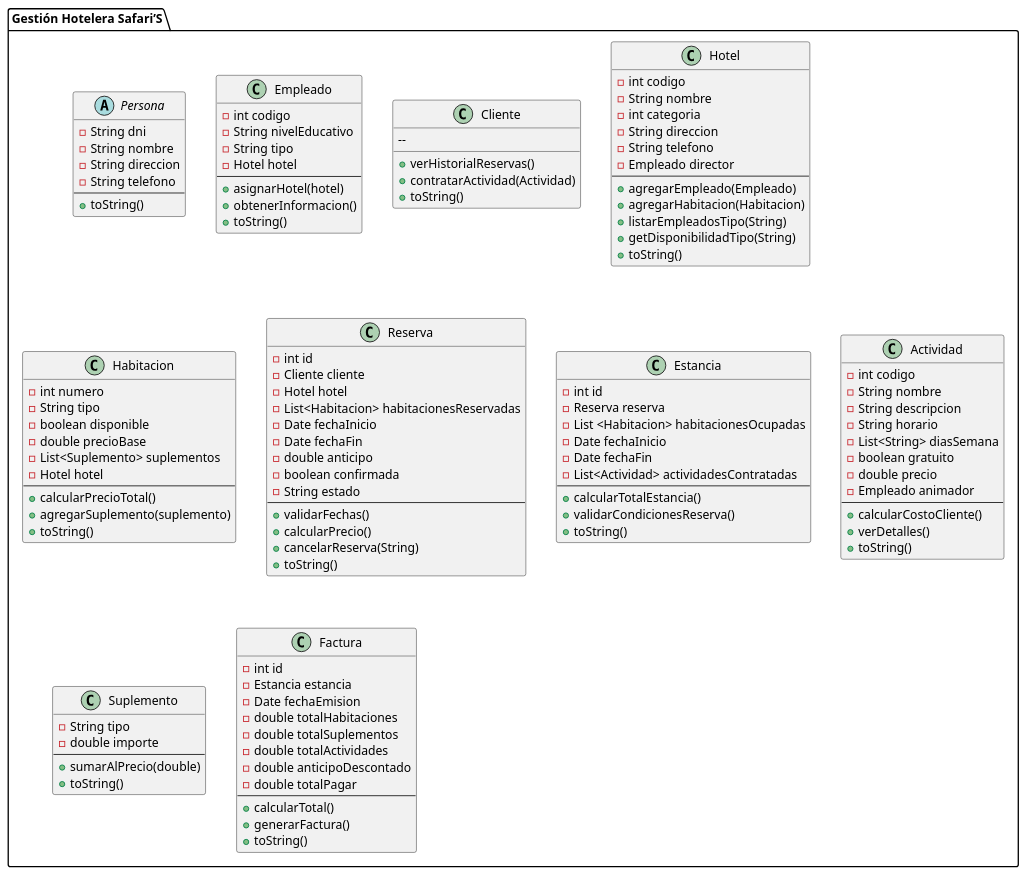
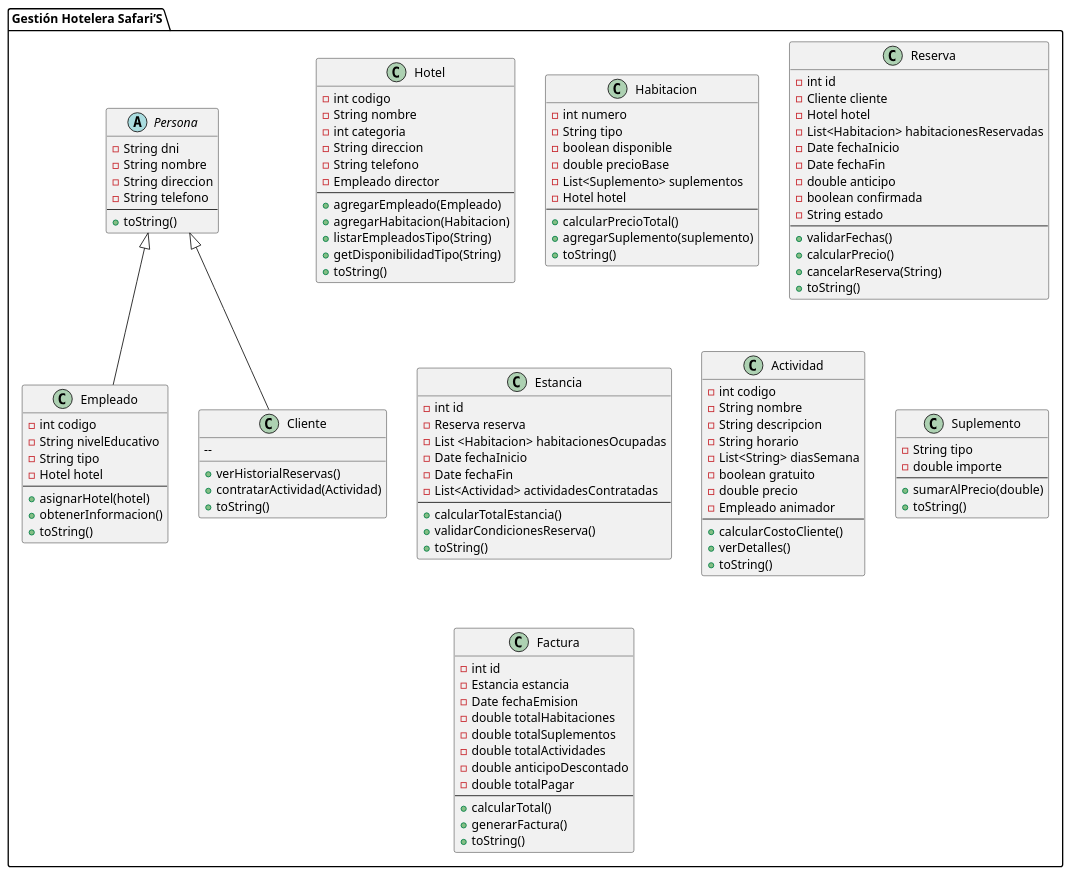
The diagram in src/co/edu/ude/poo/hotelsafaris/documentacion/Diagrama_clases_conceptual.puml (mauroanaya3/HotelSafaris), drawn with PlantUML before and after one commit.

Commit message:
Establecer las relaciones entre las clases

```diff
--- a/src/co/edu/ude/poo/hotelsafaris/documentacion/Diagrama_clases_conceptual.puml
+++ b/src/co/edu/ude/poo/hotelsafaris/documentacion/Diagrama_clases_conceptual.puml
@@ -1,129 +1,137 @@
 @startuml
 
 package "Gestión Hotelera Safari’S" {
 
+'Clases
 abstract class Persona {
     - String dni
     - String nombre
     - String direccion
     - String telefono
     --
     + toString()
 }
 
 class Empleado {
     - int codigo
     - String nivelEducativo
     - String tipo
     - Hotel hotel
     --
     + asignarHotel(hotel)
     + obtenerInformacion()
     + toString()
 }
 
 class Cliente {
     -- 
     + verHistorialReservas()
     + contratarActividad(Actividad)
     + toString()
 }
 
 class Hotel {
     - int codigo
     - String nombre
     - int categoria
     - String direccion
     - String telefono
     - Empleado director
     --
     + agregarEmpleado(Empleado)
     + agregarHabitacion(Habitacion)
     + listarEmpleadosTipo(String)
     + getDisponibilidadTipo(String)
     + toString()
 }
 
 class Habitacion {
     - int numero
     - String tipo
     - boolean disponible
     - double precioBase
     - List<Suplemento> suplementos
     - Hotel hotel
     --
     + calcularPrecioTotal()
     + agregarSuplemento(suplemento)
     + toString()
 }
 
 class Reserva {
     - int id
     - Cliente cliente
     - Hotel hotel
     - List<Habitacion> habitacionesReservadas
     - Date fechaInicio
     - Date fechaFin
     - double anticipo
     - boolean confirmada
     - String estado
     --
     + validarFechas()
     + calcularPrecio()
     + cancelarReserva(String)
     + toString()
 }
 
 class Estancia {
     - int id
     - Reserva reserva
     - List <Habitacion> habitacionesOcupadas
     - Date fechaInicio
     - Date fechaFin
     - List<Actividad> actividadesContratadas
     --
     + calcularTotalEstancia()
     + validarCondicionesReserva()
     + toString() 
 }
 
 class Actividad {
     - int codigo
     - String nombre
     - String descripcion
     - String horario
     - List<String> diasSemana
     - boolean gratuito
     - double precio
     - Empleado animador
     --
     + calcularCostoCliente()
     + verDetalles()
     + toString()
 }
 
 class Suplemento {
     - String tipo
     - double importe
     --
     + sumarAlPrecio(double)
     + toString()
 }
 
 class Factura {
     - int id
     - Estancia estancia
     - Date fechaEmision
     - double totalHabitaciones
     - double totalSuplementos
     - double totalActividades
     - double anticipoDescontado
     - double totalPagar
     --
     + calcularTotal()
     + generarFactura()
     + toString()
 }
 
+' Herencia
+Persona <|-- Empleado
+Persona <|-- Cliente
+
+'Relaciones
+
+
 }
 @enduml
```
